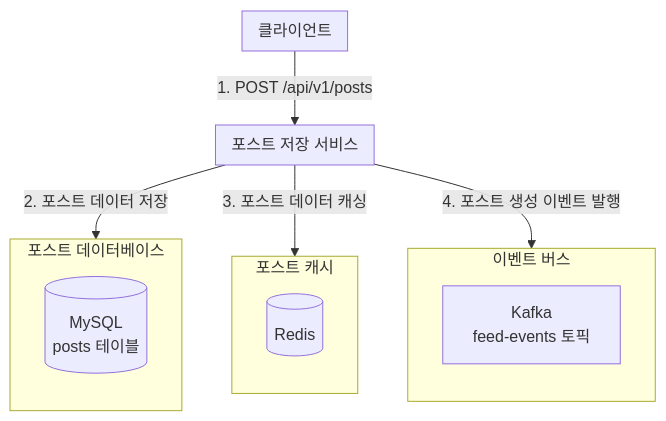
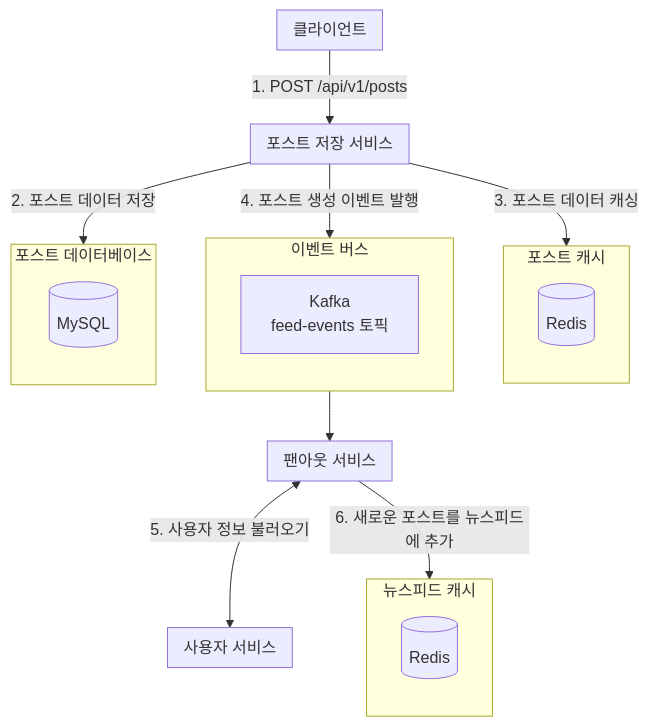
One commit to peppermint100/system-design-interview-projects changed the diagram in posting-service/diagram.mmd. Above: the diagram before and after it, drawn with Mermaid. The commit also changed 1 other file, not shown here.

Commit message:
팬아웃 서비스 다이어그램 추가, 뉴스피드 캐시 Redis 추가

```diff
--- a/posting-service/diagram.mmd
+++ b/posting-service/diagram.mmd
@@ -1,28 +1,44 @@
 flowchart TB
     subgraph Client[클라이언트]
         direction TB
     end
 
     subgraph Post_Service[포스트 저장 서비스]
         direction TB
     end
 
     subgraph Post_Cache[포스트 캐시]
         direction TB
-        Redis[(Redis)]
+        Post_Redis[(Redis)]
     end
 
     subgraph Event_Bus[이벤트 버스]
         direction TB
         Kafka[Kafka\nfeed-events 토픽]
     end
 
     subgraph Post_Storage[포스트 데이터베이스]
         direction TB
-        MySQL[(MySQL\nposts 테이블)]
+        Post_MySQL[(MySQL)]
+    end
+
+    subgraph Fanout_Service[팬아웃 서비스]
+        direction TB
+    end
+
+    subgraph Newsfeed_Cache[뉴스피드 캐시]
+        direction TB
+        Newsfeed_Redis[(Redis)]
+    end
+
+    subgraph User_Service[사용자 서비스]
+        direction TB
     end
 
     Client -->|1. POST /api/v1/posts| Post_Service
     Post_Service -->|2. 포스트 데이터 저장| Post_Storage
     Post_Service -->|3. 포스트 데이터 캐싱| Post_Cache
     Post_Service -->|4. 포스트 생성 이벤트 발행| Kafka
+    Kafka -->Fanout_Service
+    Fanout_Service <-->|5. 사용자 정보 불러오기|User_Service
+    Fanout_Service-->|6. 새로운 포스트를 뉴스피드에 추가|Newsfeed_Cache
```
